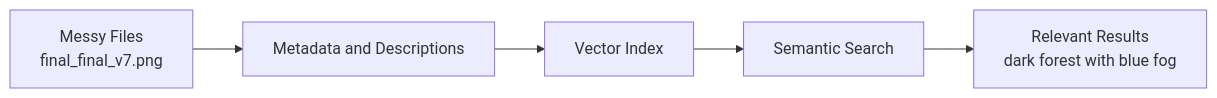
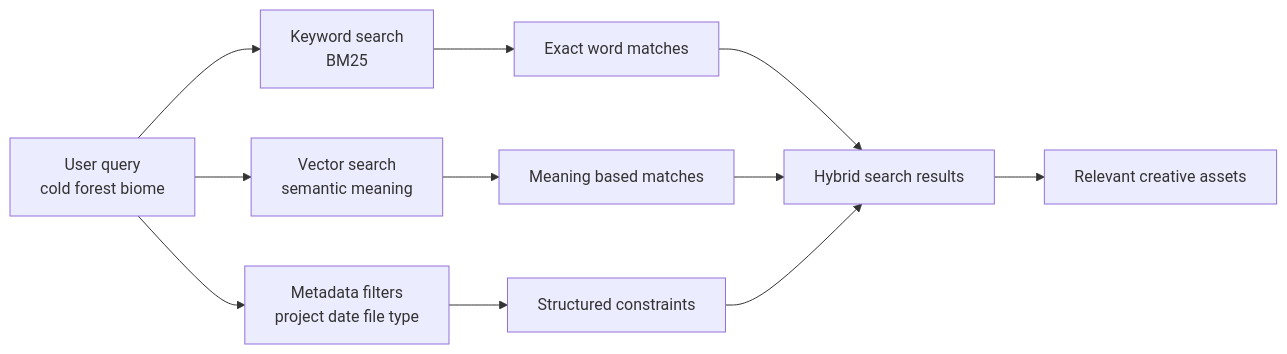
Before and after one commit to weaviate/weaviate-io: the diagram in blog/2026-05-06-ai-creative-workflows/index.mdx, drawn with Mermaid. The commit also changed other lines of this file and 3 other files, not shown here.

````diff
--- a/blog/2026-05-06-ai-creative-workflows/index.mdx
+++ b/blog/2026-05-06-ai-creative-workflows/index.mdx
@@ -129,7 +86,16 @@
 ```mermaid
 flowchart LR
-    A[Messy Files<br/>final_final_v7.png] --> B[Metadata and Descriptions]
-    B --> C[Vector Index]
-    C --> D[Semantic Search]
-    D --> E[Relevant Results<br/>dark forest with blue fog]
+    A[User query<br/>cold forest biome] --> B[Keyword search<br/>BM25]
+    A --> C[Vector search<br/>semantic meaning]
+    A --> D[Metadata filters<br/>project date file type]
+
+    B --> E[Exact word matches]
+    C --> F[Meaning based matches]
+    D --> G[Structured constraints]
+
+    E --> H[Hybrid search results]
+    F --> H
+    G --> H
+
+    H --> I[Relevant creative assets]
 ```
````
